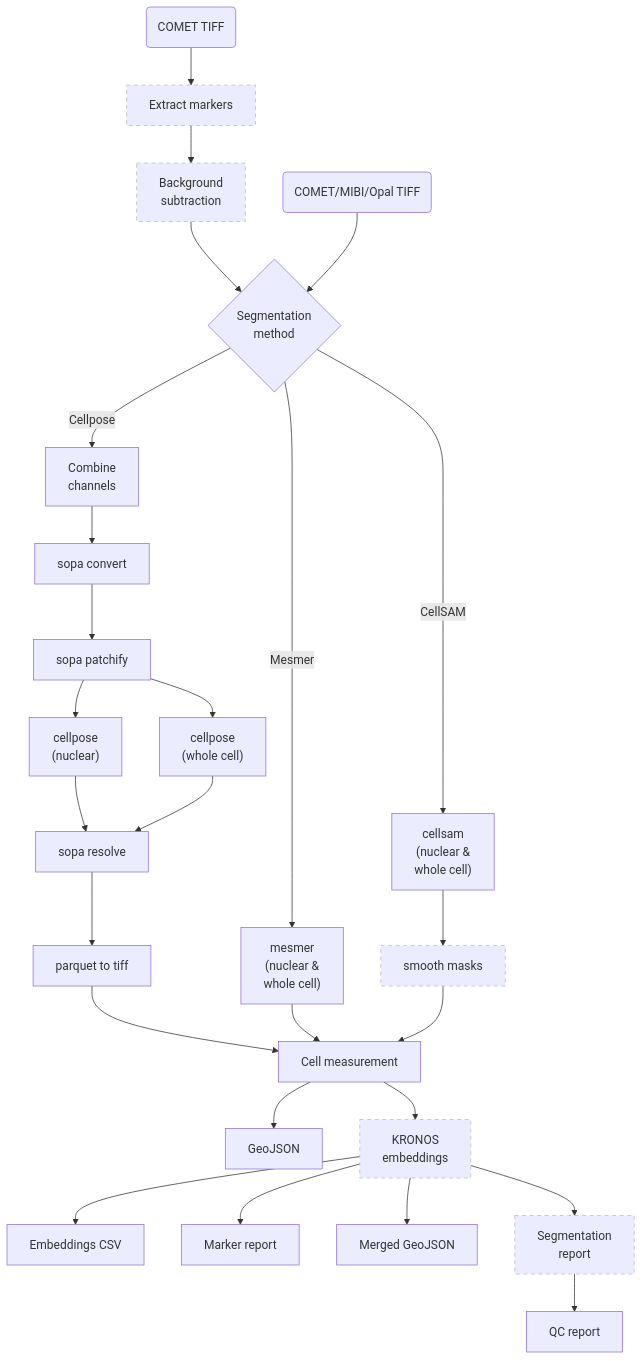
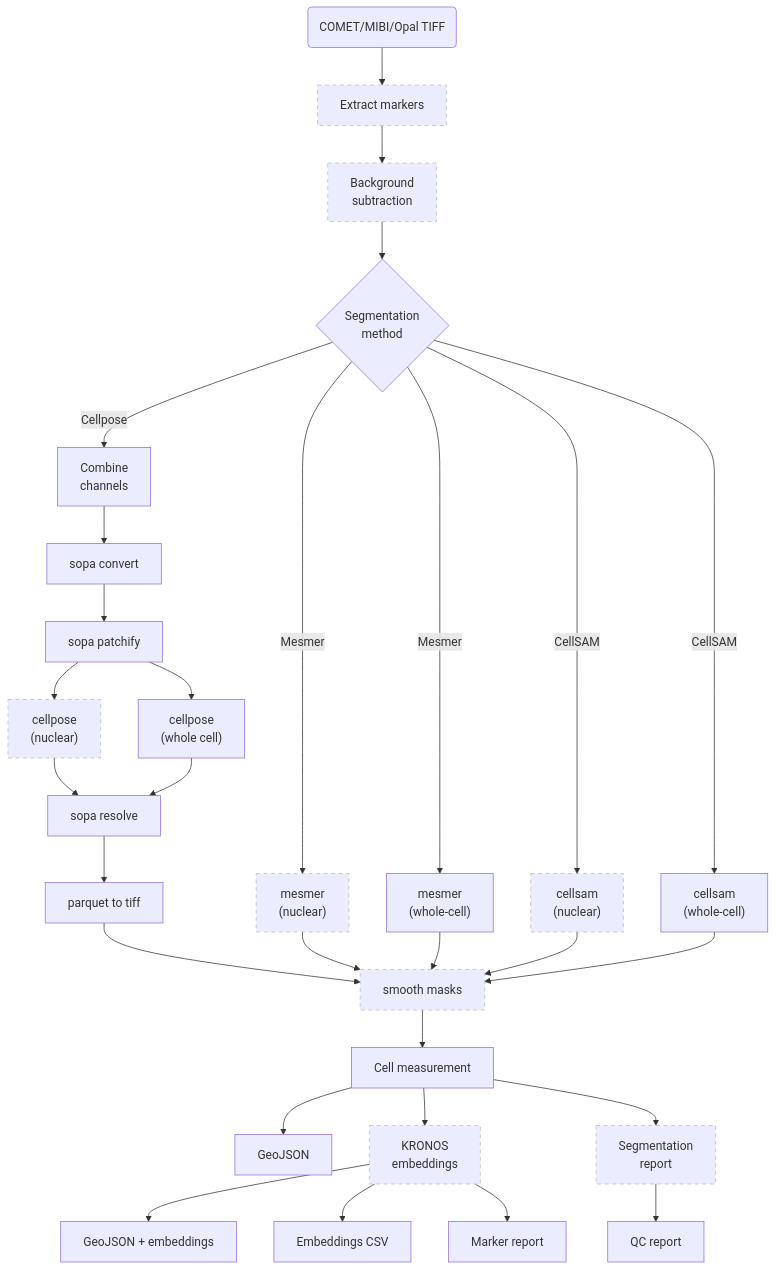
Before and after one commit to mikemcka/sp_segment: the diagram in README.md, drawn with Mermaid. The commit also changed other lines of this file and 3 other files, not shown here.

First line of the commit message:
Update docs and mermaid diagram

````diff
--- a/README.md
+++ b/README.md
@@ -31,46 +35,57 @@
 ```mermaid
 flowchart TD
-  input_comet("COMET TIFF") --> extract["Extract markers"]
+  input_multi("COMET/MIBI/Opal TIFF") --> extract["Extract markers"]
   extract --> bgsub["Background
           subtraction"]
   bgsub --> choose{"Segmentation
                    method"}
   style extract stroke:#bbb,stroke-dasharray: 5 5
   style bgsub stroke:#bbb,stroke-dasharray: 5 5
 
-  input_multi("COMET/MIBI/Opal TIFF") --> choose
-
   choose -- Cellpose --> combine["Combine
                                  channels"]
+
   combine --> convert["sopa convert"]
   convert --> patchify["sopa patchify"]
-  patchify --> nuclei_cp["cellpose
-          (nuclear)"]
-  patchify --> whole_cp["cellpose
-          (whole cell)"]
-  nuclei_cp --> resolve["sopa resolve"]
-  whole_cp --> resolve
+  patchify --> cp_nuc["cellpose
+                      (nuclear)"]
+  patchify --> cp_wc["cellpose
+                     (whole cell)"]
+  cp_nuc --> resolve["sopa resolve"]
+  style cp_nuc stroke:#bbb,stroke-dasharray: 5 5
+  cp_wc --> resolve
   resolve --> parquet2tiff["parquet to tiff"]
-  parquet2tiff --> measure["Cell measurement"]
-  choose -- Mesmer --> mesmer["mesmer
-                              (nuclear &
-                              whole cell)"]
-  mesmer --> measure
-  choose -- CellSAM --> cellsam["cellsam
-                                (nuclear &
-                                whole cell)"]
-  cellsam --> smooth["smooth masks"]
+  parquet2tiff --> smooth["smooth masks"]
+  smooth --> measure["Cell measurement"]
   style smooth stroke:#bbb,stroke-dasharray: 5 5
-  smooth --> measure
+
+  choose -- Mesmer --> mesmer_nuc["mesmer
+                                 (nuclear)"]
+  choose -- Mesmer --> mesmer_wc["mesmer
+                                 (whole-cell)"]
+  style mesmer_nuc stroke:#bbb,stroke-dasharray: 5 5
+  mesmer_nuc --> smooth
+  mesmer_wc --> smooth
+
+  choose -- CellSAM --> cs_nuc["cellsam
+                               (nuclear)"]
+  choose -- CellSAM --> cs_wc["cellsam
+                              (whole-cell)"]
+  style cs_nuc stroke:#bbb,stroke-dasharray: 5 5
+  cs_nuc --> smooth
+  cs_wc --> smooth
+
+  style smooth stroke:#bbb,stroke-dasharray: 5 5
   measure --> geojson["GeoJSON"]
   measure --> embeddings["KRONOS
-          embeddings"]
+                         embeddings"]
+  embeddings --> merged_geojson["GeoJSON + embeddings"]
   embeddings --> csv["Embeddings CSV"]
   embeddings --> marker_report["Marker report"]
-  embeddings --> merged_geojson["Merged GeoJSON"]
   style embeddings stroke:#bbb,stroke-dasharray: 5 5
-  embeddings --> seg_report["Segmentation
+
+  measure --> seg_report["Segmentation
                             report"]
   style seg_report stroke:#bbb,stroke-dasharray: 5 5
   seg_report --> report["QC report"]
 ```
````
